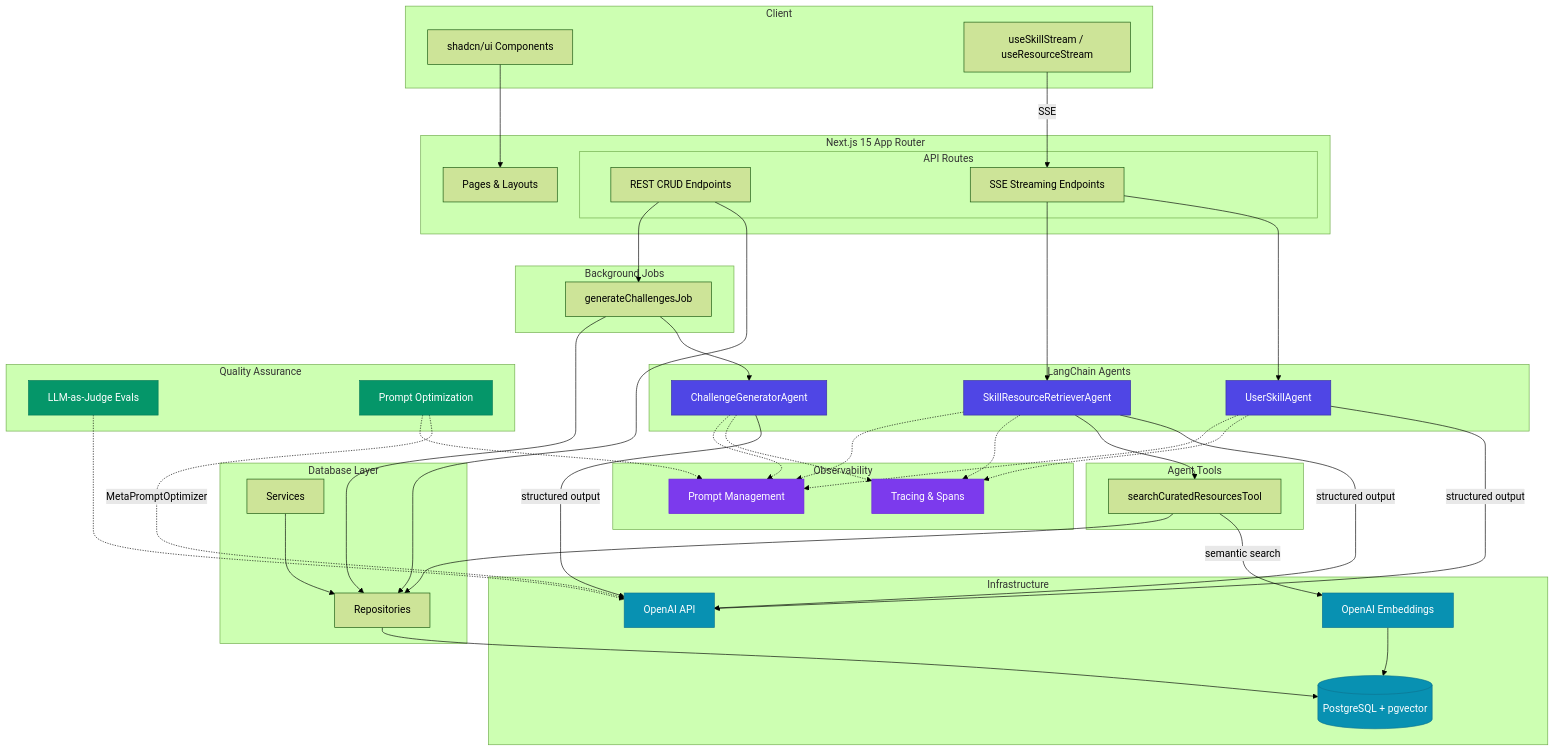
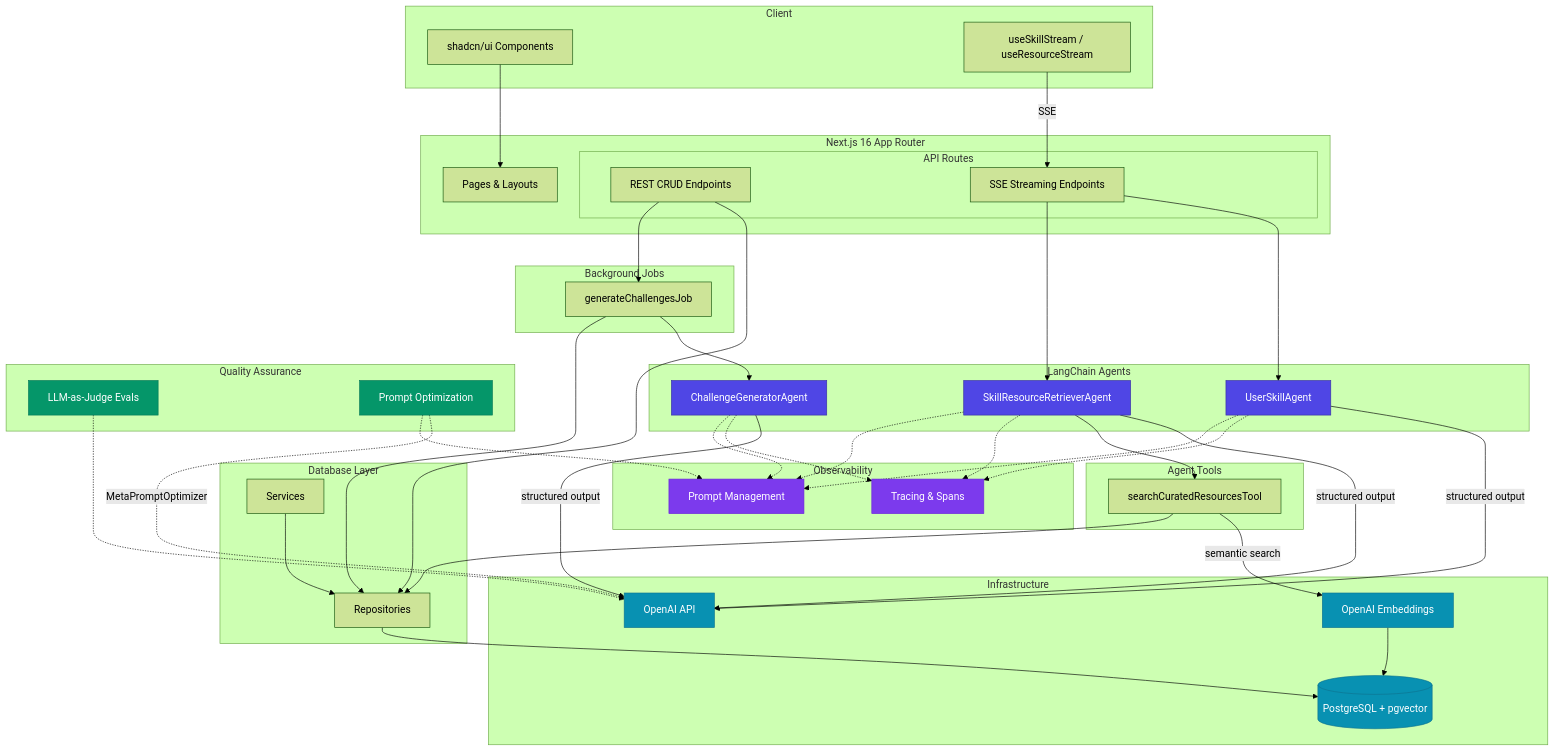
One commit to sartios/next-level changed the diagram in docs/architecture.md. Above: the diagram before and after it, drawn with Mermaid (forest theme). The commit also changed 1 other file, not shown here.

```diff
--- a/docs/architecture.md
+++ b/docs/architecture.md
@@ -9,7 +9,7 @@
         Hooks[useSkillStream / useResourceStream]
     end
 
-    subgraph NextJS["Next.js 15 App Router"]
+    subgraph NextJS["Next.js 16 App Router"]
         subgraph API["API Routes"]
             REST[REST CRUD Endpoints]
             SSE[SSE Streaming Endpoints]
```
